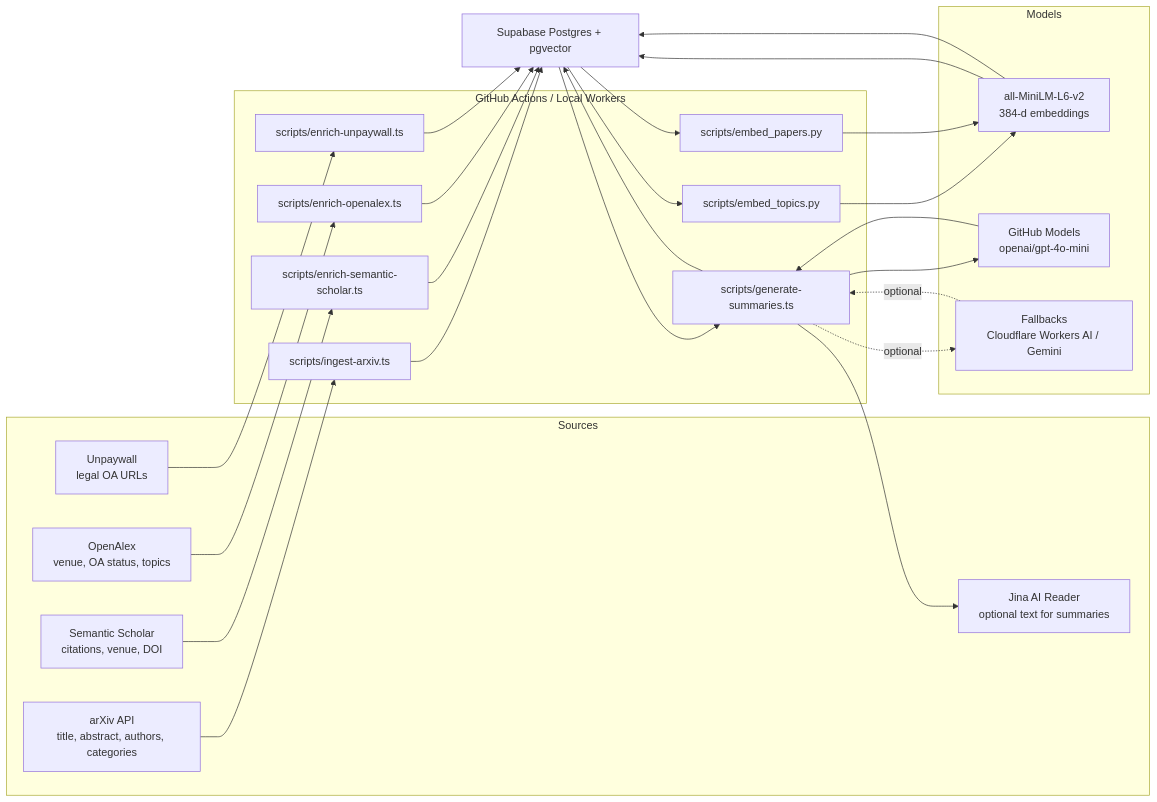
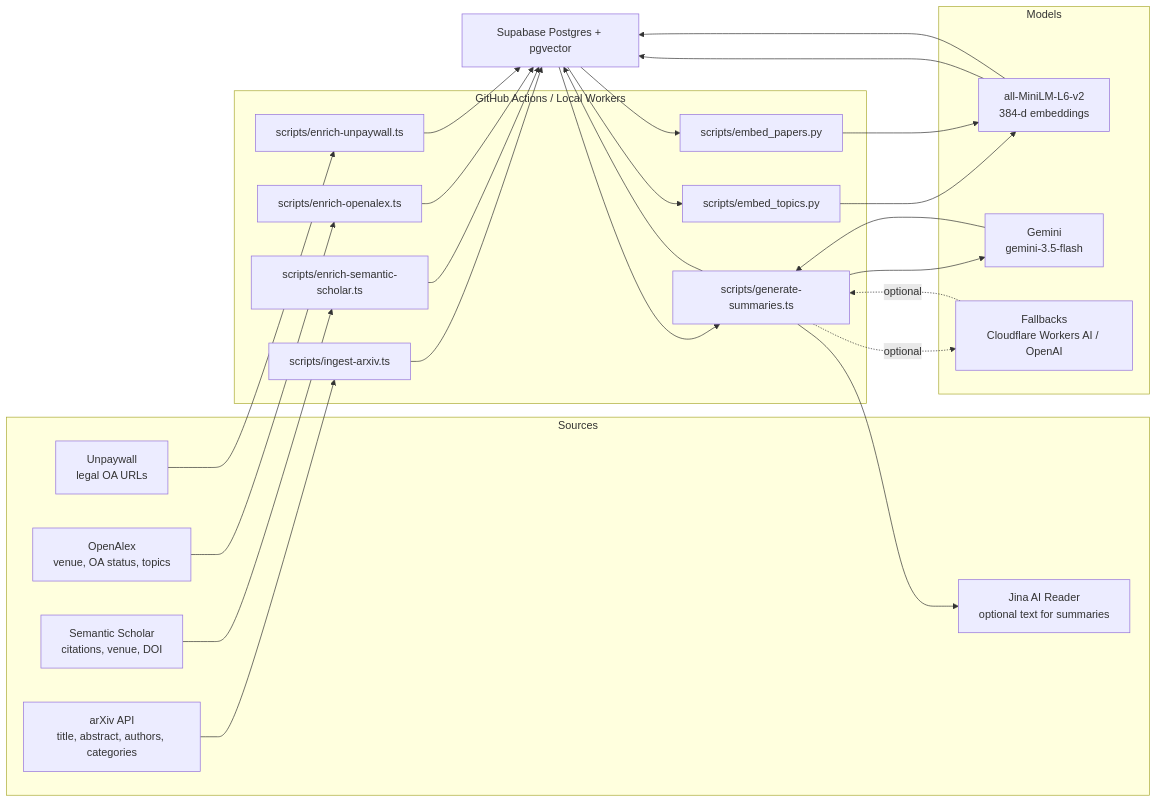
One commit to Mik1810/PaperDeck changed the third of 6 diagrams in docs/architecture.md. Above: the diagram before and after it, drawn with Mermaid. The commit also changed other lines of this file and 8 other files, not shown here.

````diff
--- a/docs/architecture.md
+++ b/docs/architecture.md
@@ -116,44 +116,44 @@
 ```mermaid
 flowchart LR
   subgraph Sources
     arxiv["arXiv API<br/>title, abstract, authors, categories"]
     s2["Semantic Scholar<br/>citations, venue, DOI"]
     openalex["OpenAlex<br/>venue, OA status, topics"]
     unpaywall["Unpaywall<br/>legal OA URLs"]
     jina["Jina AI Reader<br/>optional text for summaries"]
   end
 
   subgraph Workers["GitHub Actions / Local Workers"]
     ingest["scripts/ingest-arxiv.ts"]
     enrichS2["scripts/enrich-semantic-scholar.ts"]
     enrichOpenAlex["scripts/enrich-openalex.ts"]
     enrichUnpaywall["scripts/enrich-unpaywall.ts"]
     embedTopics["scripts/embed_topics.py"]
     embedPapers["scripts/embed_papers.py"]
     summarize["scripts/generate-summaries.ts"]
   end
 
   subgraph Models
     minilm["all-MiniLM-L6-v2<br/>384-d embeddings"]
-    gpt4oMini["GitHub Models<br/>openai/gpt-4o-mini"]
-    fallbackModels["Fallbacks<br/>Cloudflare Workers AI / Gemini"]
+    geminiFlash["Gemini<br/>gemini-3.5-flash"]
+    fallbackModels["Fallbacks<br/>Cloudflare Workers AI / OpenAI"]
   end
 
   db["Supabase Postgres + pgvector"]
 
   arxiv --> ingest --> db
   s2 --> enrichS2 --> db
   openalex --> enrichOpenAlex --> db
   unpaywall --> enrichUnpaywall --> db
   db --> embedTopics
   db --> embedPapers
   embedTopics --> minilm --> db
   embedPapers --> minilm --> db
   db --> summarize
   summarize --> jina
-  summarize --> gpt4oMini
+  summarize --> geminiFlash
   summarize -. optional .-> fallbackModels
-  gpt4oMini --> summarize
+  geminiFlash --> summarize
   fallbackModels -. optional .-> summarize
   summarize --> db
 ```
````
